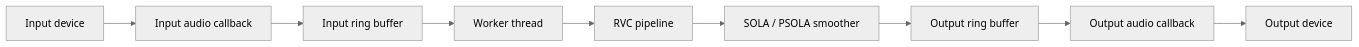
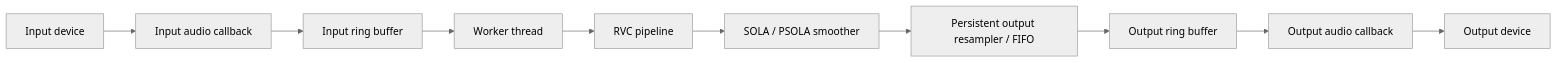
The first of 2 diagrams in docs/architecture.md (shirohata/vc-rs), drawn with Mermaid (neutral theme) before and after one commit. The commit also changed other lines of this file and 23 other files, not shown here.

First line of the commit message:
Fix audio resampling timelines and preserve WAV tails

````diff
--- a/docs/architecture.md
+++ b/docs/architecture.md
@@ -65,11 +65,12 @@
 ```mermaid
 flowchart LR
     mic["Input device"] --> in_cb["Input audio callback"]
     in_cb --> in_ring["Input ring buffer"]
     in_ring --> worker["Worker thread"]
     worker --> model["RVC pipeline"]
     model --> smooth["SOLA / PSOLA smoother"]
-    smooth --> out_ring["Output ring buffer"]
+    smooth --> resample["Persistent output resampler / FIFO"]
+    resample --> out_ring["Output ring buffer"]
     out_ring --> out_cb["Output audio callback"]
     out_cb --> speaker["Output device"]
 ```
````
